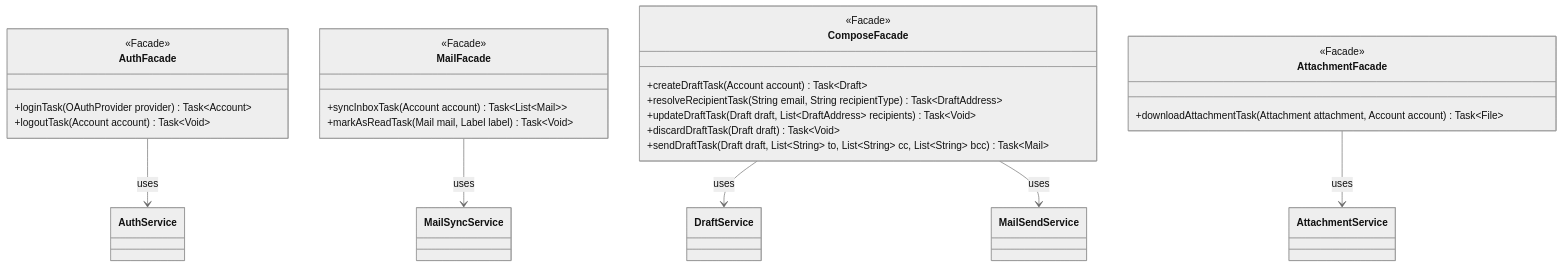
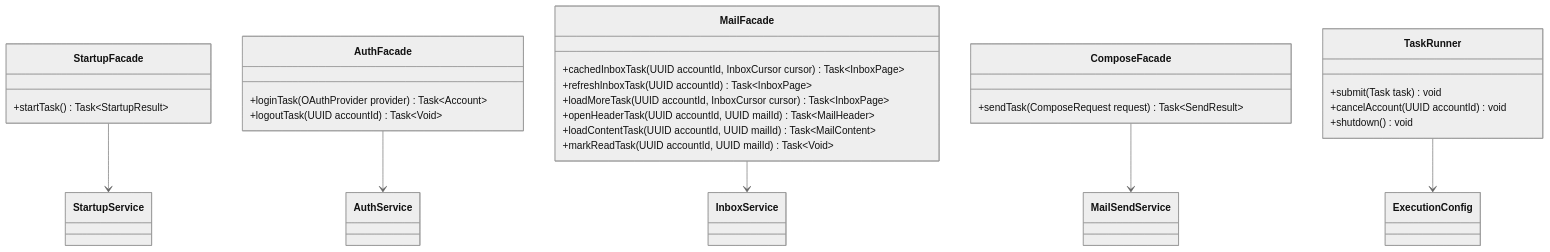
One commit to JuanPablo72000/evermail changed the diagram in docs/diagrams/uml-facade.md. Above: the diagram before and after it, drawn with Mermaid (neutral theme). The commit also changed other lines of this file and 118 other files, not shown here.

````diff
--- a/docs/diagrams/uml-facade.md
+++ b/docs/diagrams/uml-facade.md
@@ -1,31 +5,31 @@
 ```mermaid
 classDiagram
+    class StartupFacade {
+        +startTask() Task~StartupResult~
+    }
     class AuthFacade {
-        <<Facade>>
         +loginTask(OAuthProvider provider) Task~Account~
-        +logoutTask(Account account) Task~Void~
+        +logoutTask(UUID accountId) Task~Void~
     }
     class MailFacade {
-        <<Facade>>
-        +syncInboxTask(Account account) Task~List~Mail~~
-        +markAsReadTask(Mail mail, Label label) Task~Void~
+        +cachedInboxTask(UUID accountId, InboxCursor cursor) Task~InboxPage~
+        +refreshInboxTask(UUID accountId) Task~InboxPage~
+        +loadMoreTask(UUID accountId, InboxCursor cursor) Task~InboxPage~
+        +openHeaderTask(UUID accountId, UUID mailId) Task~MailHeader~
+        +loadContentTask(UUID accountId, UUID mailId) Task~MailContent~
+        +markReadTask(UUID accountId, UUID mailId) Task~Void~
     }
     class ComposeFacade {
-        <<Facade>>
-        +createDraftTask(Account account) Task~Draft~
-        +resolveRecipientTask(String email, String recipientType) Task~DraftAddress~
-        +updateDraftTask(Draft draft, List~DraftAddress~ recipients) Task~Void~
-        +discardDraftTask(Draft draft) Task~Void~
-        +sendDraftTask(Draft draft, List~String~ to, List~String~ cc, List~String~ bcc) Task~Mail~
+        +sendTask(ComposeRequest request) Task~SendResult~
     }
-    class AttachmentFacade {
-        <<Facade>>
-        +downloadAttachmentTask(Attachment attachment, Account account) Task~File~
-        }
-        %% Dependencies toward service
-        AuthFacade --> AuthService : uses
-        MailFacade --> MailSyncService : uses
-        ComposeFacade --> DraftService : uses
-        ComposeFacade --> MailSendService : uses
-        AttachmentFacade --> AttachmentService : uses
+    class TaskRunner {
+        +submit(Task task) void
+        +cancelAccount(UUID accountId) void
+        +shutdown() void
+    }
+    StartupFacade --> StartupService
+    AuthFacade --> AuthService
+    MailFacade --> InboxService
+    ComposeFacade --> MailSendService
+    TaskRunner --> ExecutionConfig
 ```
````
